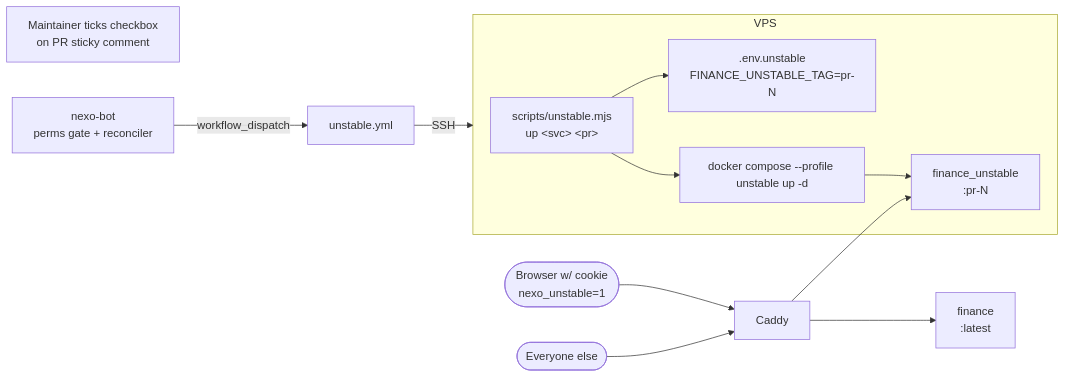
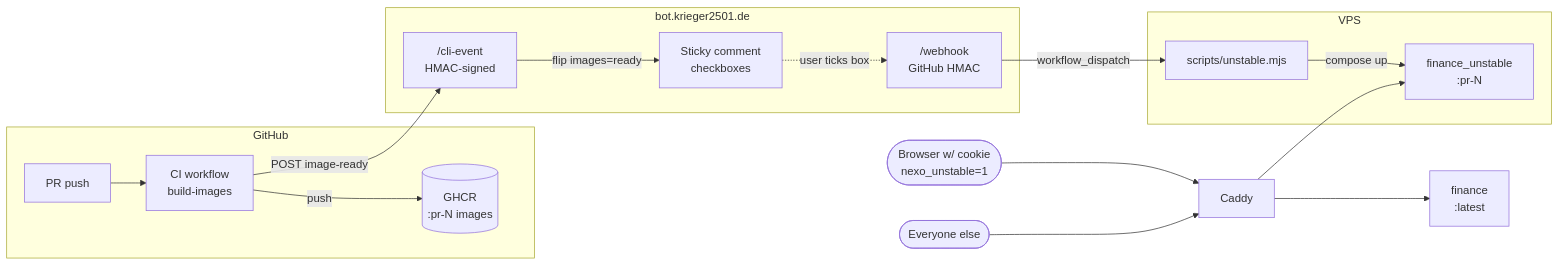
Before and after one commit to krieger2501/nexo: the fourth of 4 diagrams in docs/deployment.md, drawn with Mermaid. The commit also changed other lines of this file and 8 other files, not shown here.

````diff
--- a/docs/deployment.md
+++ b/docs/deployment.md
@@ -547,20 +605,30 @@
 ```mermaid
 flowchart LR
-  click[Maintainer ticks checkbox<br/>on PR sticky comment]
-  click --> bot
-  bot[nexo-bot<br/>perms gate + reconciler] -->|workflow_dispatch| wf
-  wf[unstable.yml] -->|SSH| vps
+  subgraph github[GitHub]
+    pr[PR push]
+    ci[CI workflow<br/>build-images]
+    ghcr[(GHCR<br/>:pr-N images)]
+  end
+
+  subgraph botbox[bot.krieger2501.de]
+    sticky[Sticky comment<br/>checkboxes]
+    cli_evt["/cli-event<br/>HMAC-signed"]
+    webhook["/webhook<br/>GitHub HMAC"]
+  end
 
   subgraph vps[VPS]
-    script[scripts/unstable.mjs<br/>up &lt;svc&gt; &lt;pr&gt;]
-    envfile[.env.unstable<br/>FINANCE_UNSTABLE_TAG=pr-N]
-    script --> envfile
-    script --> compose[docker compose --profile unstable up -d]
-    compose --> peer[finance_unstable<br/>:pr-N]
+    script[scripts/unstable.mjs]
+    peer[finance_unstable<br/>:pr-N]
   end
+
+  pr --> ci -->|push| ghcr
+  ci -->|POST image-ready| cli_evt
+  cli_evt -->|flip images=ready| sticky
+  sticky -.->|user ticks box| webhook
+  webhook -->|workflow_dispatch| script -->|compose up| peer
 
   user([Browser w/ cookie<br/>nexo_unstable=1]) --> caddy[Caddy]
   caddy --> peer
   user2([Everyone else]) --> caddy
   caddy --> stable[finance<br/>:latest]
 ```
````
